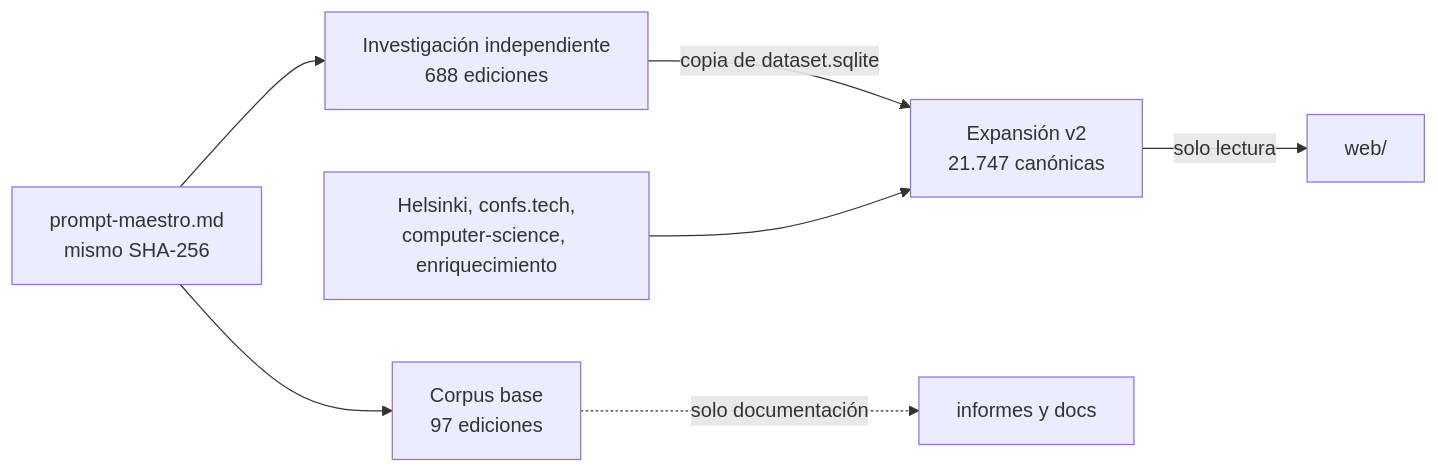
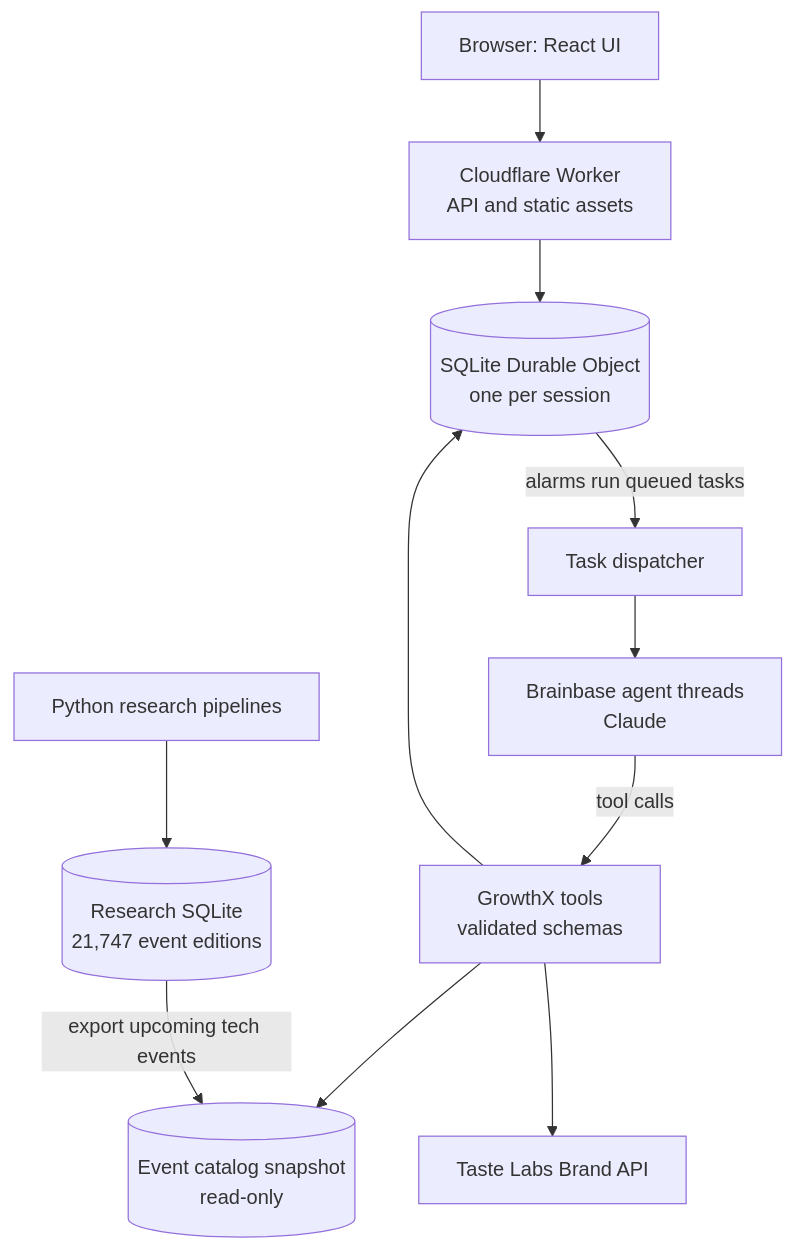
Before and after one commit to MartinPuli/speed-hack: the diagram in README.md, drawn with Mermaid. The commit also changed other lines of this file, not shown here.

Commit message:
Rewrite README in English around the idea and architecture

````diff
--- a/README.md
+++ b/README.md
@@ -401,9 +29,13 @@
 ```mermaid
-flowchart LR
-  P["prompt-maestro.md<br/>mismo SHA-256"] --> B["Corpus base<br/>97 ediciones"]
-  P --> I["Investigación independiente<br/>688 ediciones"]
-  I -->|"copia de dataset.sqlite"| X["Expansión v2<br/>21.747 canónicas"]
-  S["Helsinki, confs.tech,<br/>computer-science, enriquecimiento"] --> X
-  X -->|"solo lectura"| W["web/"]
-  B -.->|"solo documentación"| D["informes y docs"]
+flowchart TB
+  U["Browser: React UI"] --> W["Cloudflare Worker<br/>API and static assets"]
+  W --> DO[("SQLite Durable Object<br/>one per session")]
+  DO -->|"alarms run queued tasks"| D["Task dispatcher"]
+  D --> BB["Brainbase agent threads<br/>Claude"]
+  BB -->|"tool calls"| T["GrowthX tools<br/>validated schemas"]
+  T --> DO
+  T --> CAT[("Event catalog snapshot<br/>read-only")]
+  T --> TASTE["Taste Labs Brand API"]
+  R["Python research pipelines"] --> RDB[("Research SQLite<br/>21,747 event editions")]
+  RDB -->|"export upcoming tech events"| CAT
 ```
````
